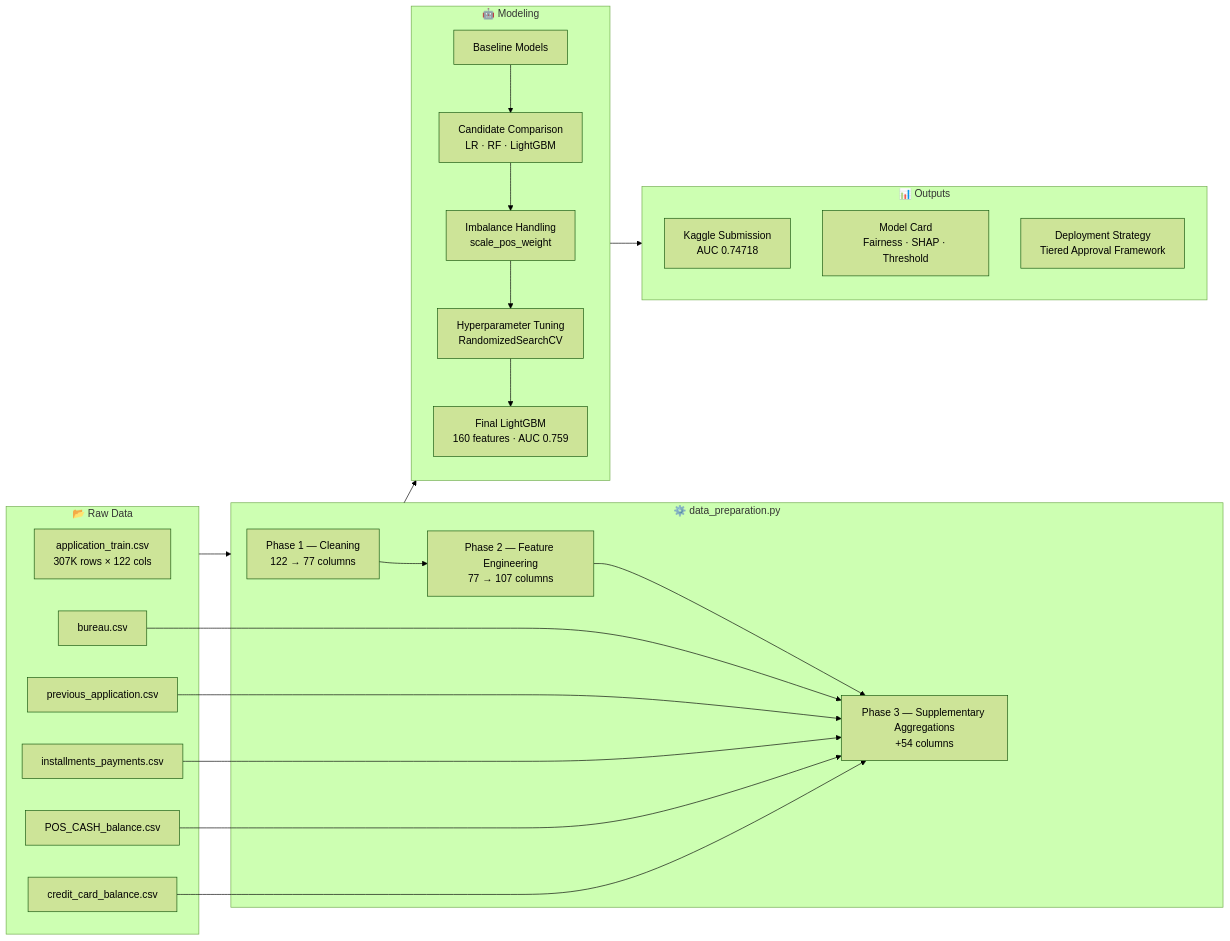
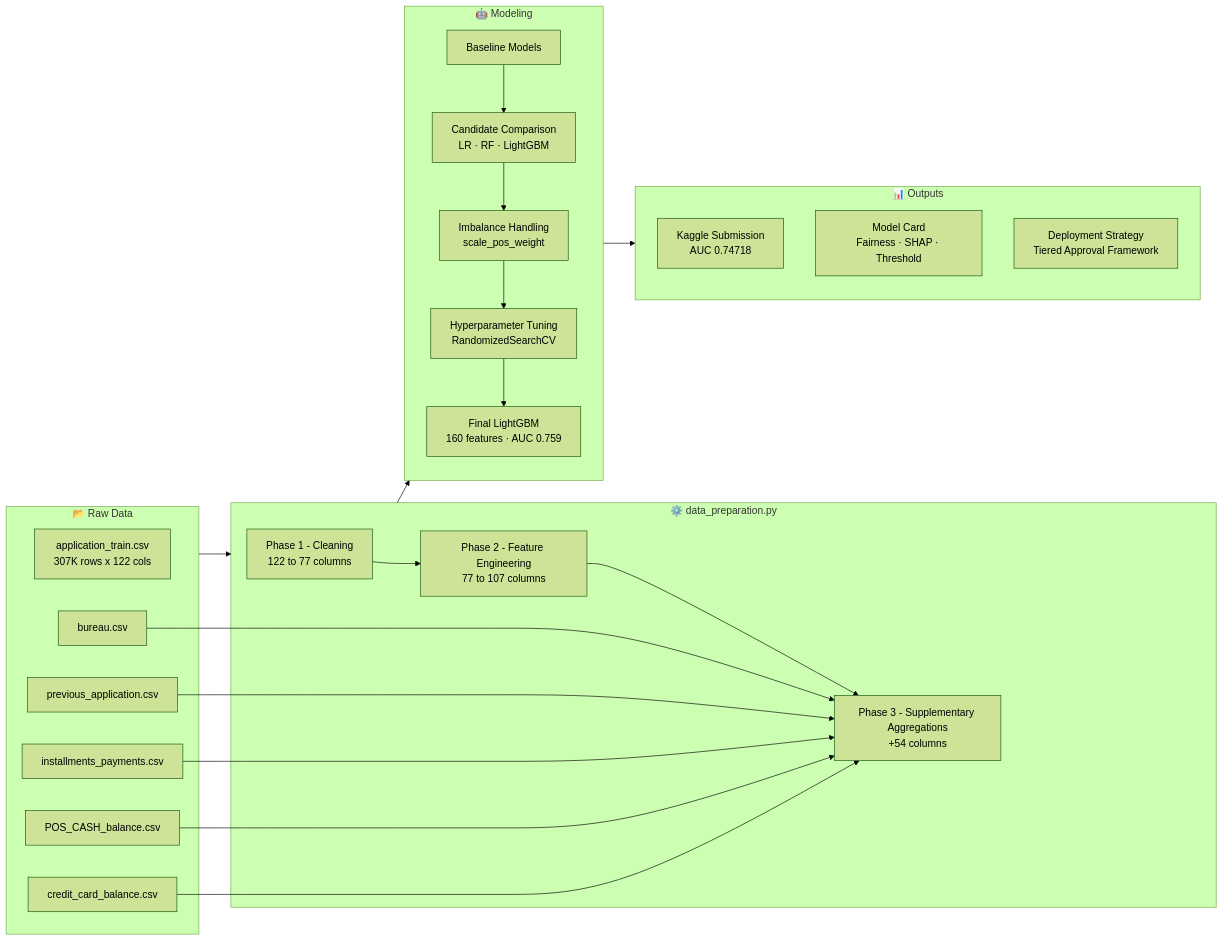
Before and after one commit to Ben-jamin-H/home-credit-project: the diagram in README.md, drawn with Mermaid (forest theme). The commit also changed other lines of this file, not shown here.

````diff
--- a/README.md
+++ b/README.md
@@ -78,36 +78,36 @@
 ```mermaid
 flowchart LR
     subgraph RAW["📂 Raw Data"]
-        A1[application_train.csv\n307K rows × 122 cols]
+        A1[application_train.csv\n307K rows x 122 cols]
         A2[bureau.csv]
         A3[previous_application.csv]
         A4[installments_payments.csv]
         A5[POS_CASH_balance.csv]
         A6[credit_card_balance.csv]
     end
 
     subgraph PREP["⚙️ data_preparation.py"]
-        B1["Phase 1 — Cleaning\n122 → 77 columns"]
-        B2["Phase 2 — Feature Engineering\n77 → 107 columns"]
-        B3["Phase 3 — Supplementary Aggregations\n+54 columns"]
+        B1["Phase 1 - Cleaning\n122 to 77 columns"]
+        B2["Phase 2 - Feature Engineering\n77 to 107 columns"]
+        B3["Phase 3 - Supplementary Aggregations\n+54 columns"]
         B1 --> B2 --> B3
     end
 
     subgraph MODEL["🤖 Modeling"]
         C1[Baseline Models]
         C2[Candidate Comparison\nLR · RF · LightGBM]
         C3[Imbalance Handling\nscale_pos_weight]
         C4[Hyperparameter Tuning\nRandomizedSearchCV]
         C5[Final LightGBM\n160 features · AUC 0.759]
         C1 --> C2 --> C3 --> C4 --> C5
     end
 
     subgraph OUTPUT["📊 Outputs"]
         D1[Kaggle Submission\nAUC 0.74718]
         D2[Model Card\nFairness · SHAP · Threshold]
         D3[Deployment Strategy\nTiered Approval Framework]
     end
 
     RAW --> PREP --> MODEL --> OUTPUT
     A2 & A3 & A4 & A5 & A6 --> B3
 ```
````
